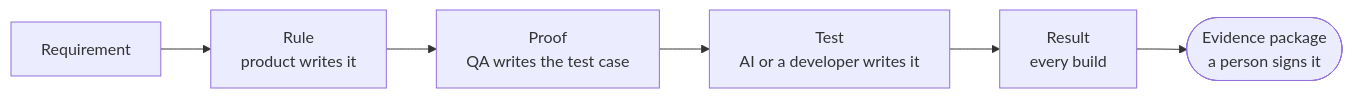
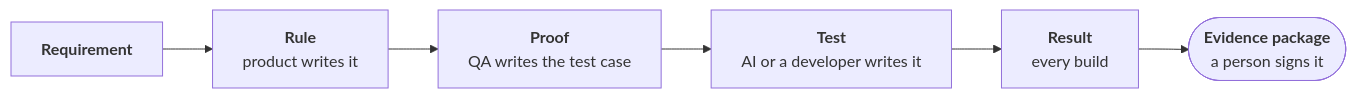
Before and after one commit to rlabarca/purlin: the diagram in docs/regulated.md, drawn with Mermaid.

Commit message:
docs(regulated): the name in each box of the diagram is bold
Claude-Session: https://claude.ai/code/session_01S2y5uWVPAKerYHKQN1JnYd

````diff
--- a/docs/regulated.md
+++ b/docs/regulated.md
@@ -10,8 +10,8 @@
 ```mermaid
 flowchart LR
-    R["Requirement"] --> U["Rule<br>product writes it"]
-    U --> P["Proof<br>QA writes the test case"]
-    P --> T["Test<br>AI or a developer writes it"]
-    T --> E["Result<br>every build"]
-    E --> K(["Evidence package<br>a person signs it"])
+    R["<b>Requirement</b>"] --> U["<b>Rule</b><br>product writes it"]
+    U --> P["<b>Proof</b><br>QA writes the test case"]
+    P --> T["<b>Test</b><br>AI or a developer writes it"]
+    T --> E["<b>Result</b><br>every build"]
+    E --> K(["<b>Evidence package</b><br>a person signs it"])
 ```
````
